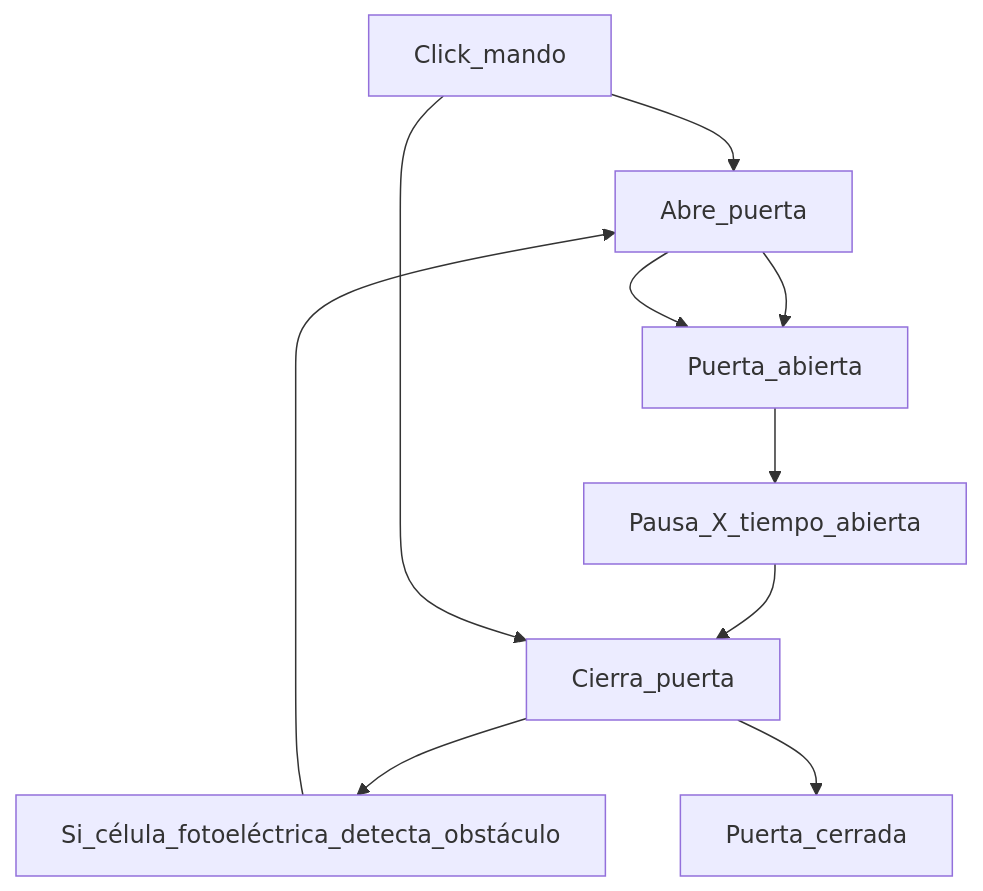
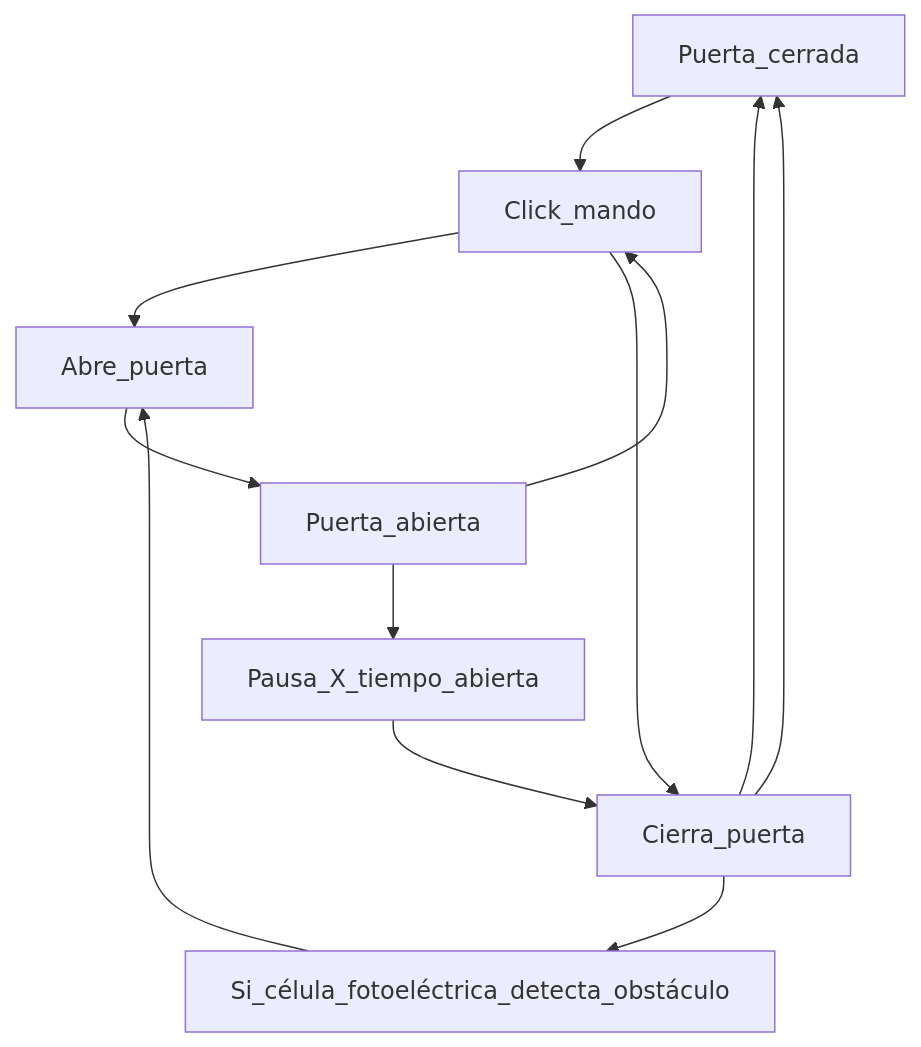
The diagram in README.md (ABarrosoG/sliding-door-garage), drawn with Mermaid before and after one commit.

````diff
--- a/README.md
+++ b/README.md
@@ -21,10 +21,7 @@
 ```mermaid
 graph TD;
-    Click_mando-->Abre_puerta-->Puerta_abierta-->Pausa_X_tiempo_abierta-->Cierra_puerta;
-    Abre_puerta-->Puerta_abierta;
-    Click_mando-->Cierra_puerta;
+    Puerta_cerrada-->Click_mando-->Abre_puerta-->Puerta_abierta-->Pausa_X_tiempo_abierta-->Cierra_puerta-->Puerta_cerrada;
+    Puerta_abierta-->Click_mando-->Cierra_puerta-->Puerta_cerrada;
     Cierra_puerta-->Si_célula_fotoeléctrica_detecta_obstáculo-->Abre_puerta;
-    Cierra_puerta-->Puerta_cerrada;
-    
 
 ```
````
